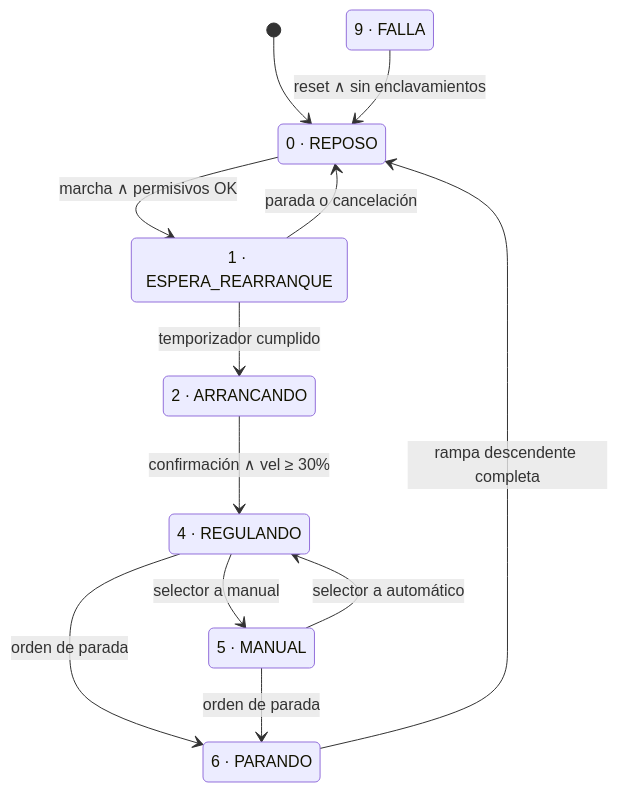
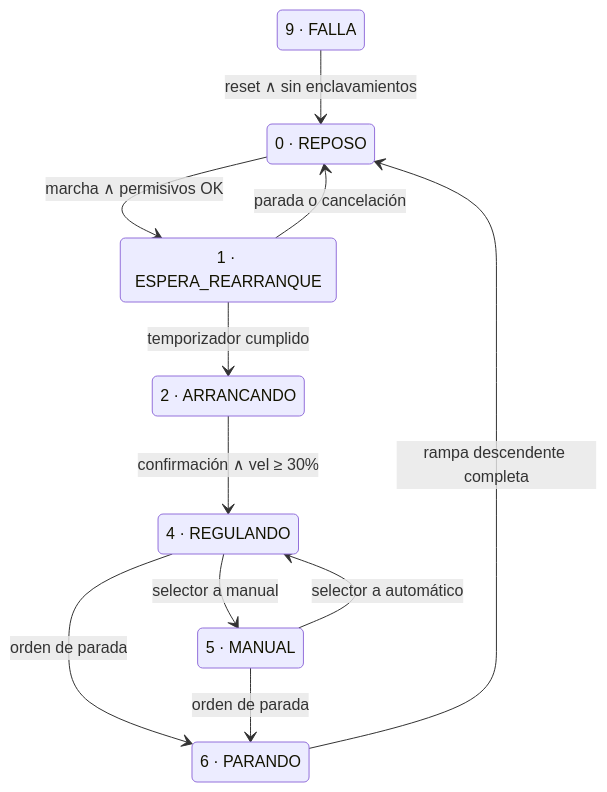
The diagram in README.md (JESUSHERNANDO/portafolio-automatizacion), drawn with Mermaid before and after one commit.

````diff
--- a/README.md
+++ b/README.md
@@ -60,22 +60,22 @@
 ```mermaid
 stateDiagram-v2
-    [*] --> S0
+    
     S0: 0 · REPOSO
     S1: 1 · ESPERA_REARRANQUE
     S2: 2 · ARRANCANDO
     S4: 4 · REGULANDO
     S5: 5 · MANUAL
     S6: 6 · PARANDO
     S9: 9 · FALLA
 
     S0 --> S1: marcha ∧ permisivos OK
     S1 --> S0: parada o cancelación
     S1 --> S2: temporizador cumplido
     S2 --> S4: confirmación ∧ vel ≥ 30%
     S4 --> S5: selector a manual
     S5 --> S4: selector a automático
     S4 --> S6: orden de parada
     S5 --> S6: orden de parada
     S6 --> S0: rampa descendente completa
     S9 --> S0: reset ∧ sin enclavamientos
 ```
````
